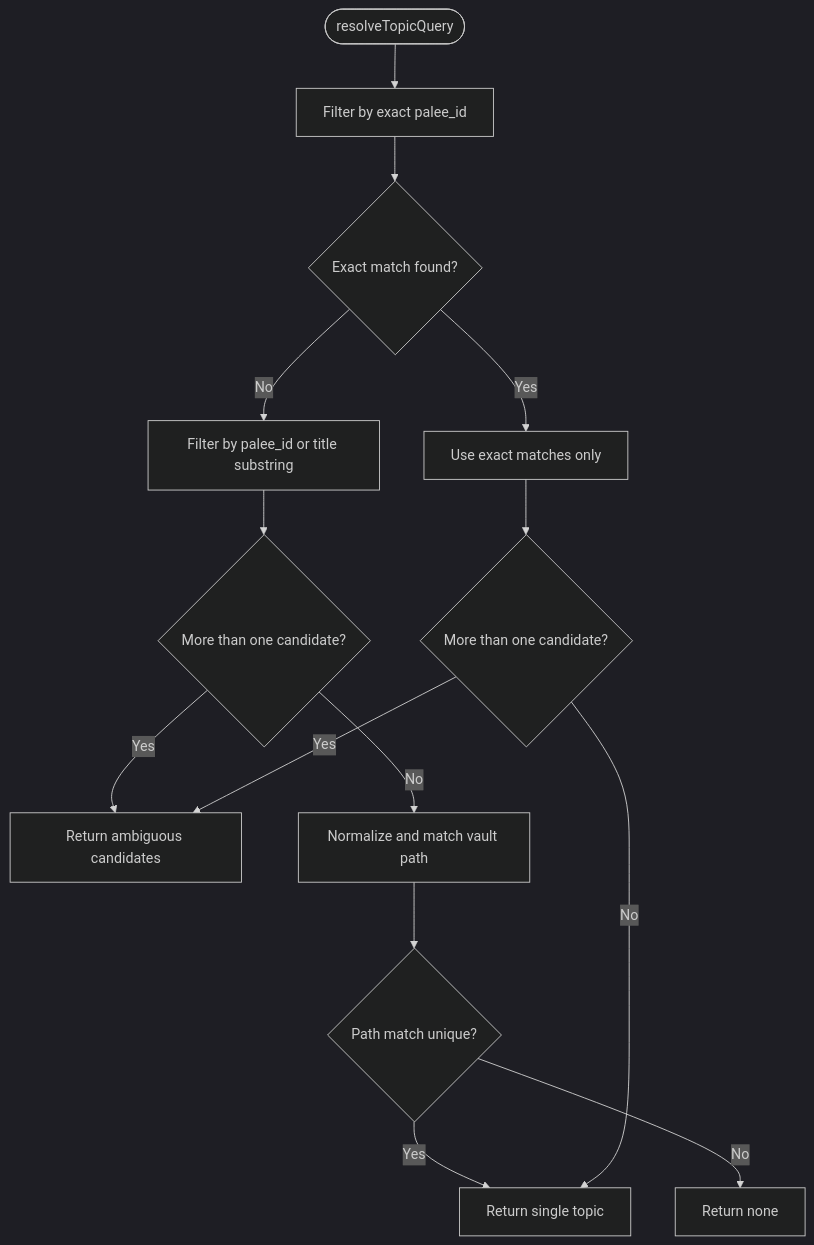
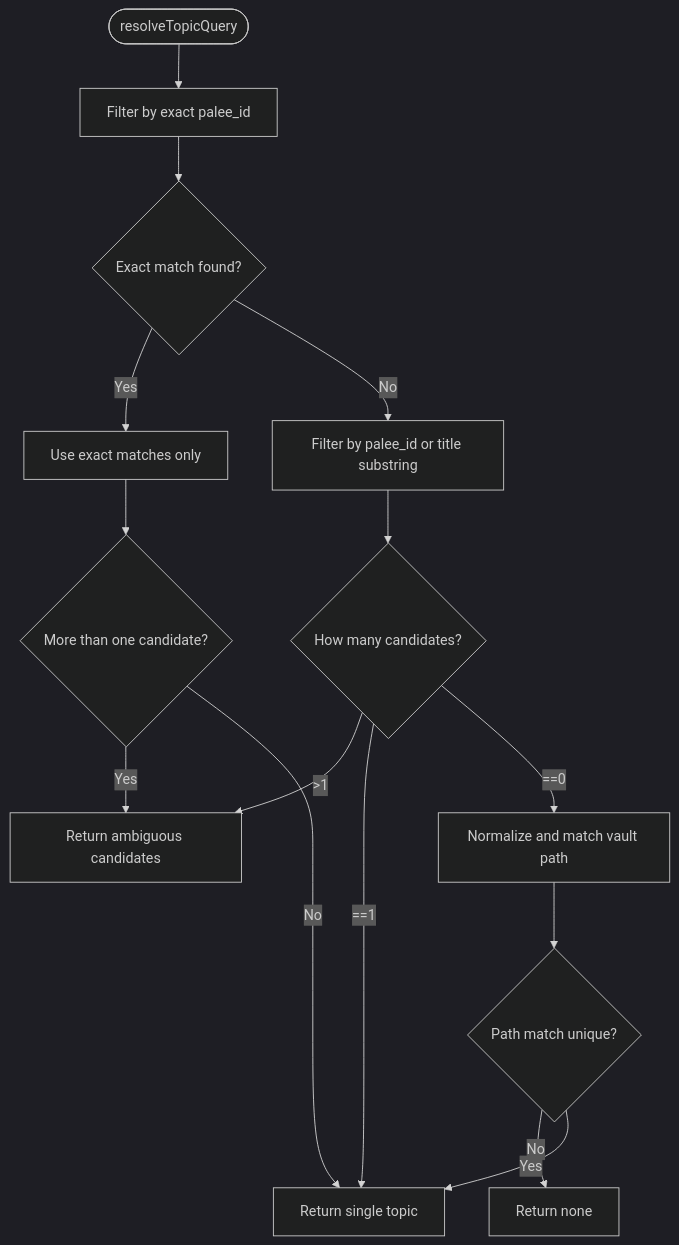
One commit to Kuldeep2822k/palee-architecture changed the third of 9 diagrams in User Guide/Topic Management/Topic Discovery and Querying.md. Above: the diagram before and after it, drawn with Mermaid (dark theme). The commit also changed other lines of this file and 5 other files, not shown here.

````diff
--- a/User Guide/Topic Management/Topic Discovery and Querying.md
+++ b/User Guide/Topic Management/Topic Discovery and Querying.md
@@ -126,16 +126,17 @@
 ```mermaid
 flowchart TD
   Start(["resolveTopicQuery"]) --> ExactId["Filter by exact palee_id"]
   ExactId --> ExactFound{"Exact match found?"}
   ExactFound -->|Yes| Substring["Use exact matches only"]
   ExactFound -->|No| SubstringMatch["Filter by palee_id or title substring"]
-  SubstringMatch --> AmbiguousCheck{"More than one candidate?"}
-  AmbiguousCheck -->|Yes| ReturnAmbiguous["Return ambiguous candidates"]
-  AmbiguousCheck -->|No| PathMatch["Normalize and match vault path"]
+  SubstringMatch --> AmbiguousCheck{"How many candidates?"}
+  AmbiguousCheck -->|">1"| ReturnAmbiguous["Return ambiguous candidates"]
+  AmbiguousCheck -->|"==1"| ReturnSingle["Return single topic"]
+  AmbiguousCheck -->|"==0"| PathMatch["Normalize and match vault path"]
   PathMatch --> PathResult{"Path match unique?"}
   PathResult -->|No| ReturnNone["Return none"]
-  PathResult -->|Yes| ReturnSingle["Return single topic"]
+  PathResult -->|Yes| ReturnSingle
   Substring --> MoreThanOne{"More than one candidate?"}
   MoreThanOne -->|Yes| ReturnAmbiguous
   MoreThanOne -->|No| ReturnSingle
 ```
````
